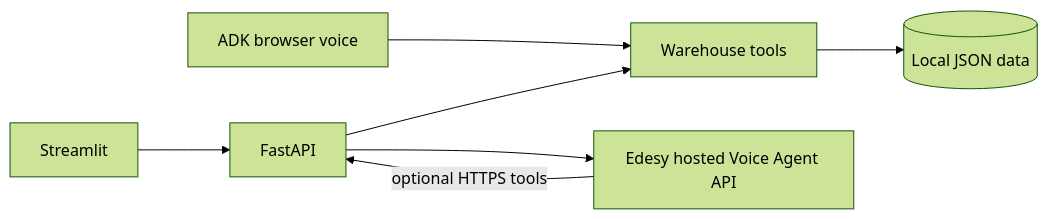
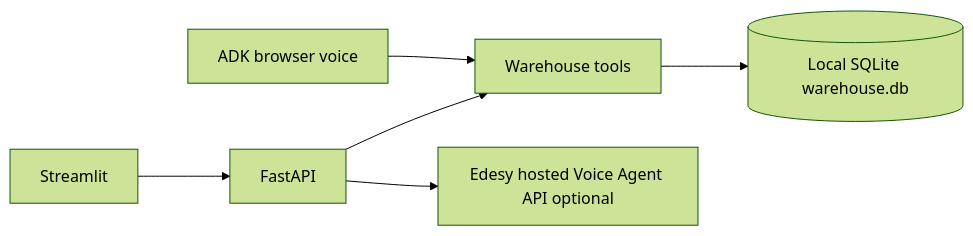
One commit to MANISH120904/Agentic-AI-warehouse changed the diagram in README.md. Above: the diagram before and after it, drawn with Mermaid (forest theme). The commit also changed other lines of this file and 22 other files, not shown here.

First line of the commit message:
Use local SQLite DB for warehouse data and ADK voice tools

````diff
--- a/README.md
+++ b/README.md
@@ -14,9 +15,8 @@
 ```mermaid
 flowchart LR
   Dash[Streamlit] --> API[FastAPI]
   ADK[ADK browser voice] --> Tools[Warehouse tools]
   API --> Tools
-  API --> Edesy[Edesy hosted Voice Agent API]
-  Edesy -->|optional HTTPS tools| API
-  Tools --> JSON[(Local JSON data)]
+  Tools --> DB[(Local SQLite warehouse.db)]
+  API --> Edesy[Edesy hosted Voice Agent API optional]
 ```
````
